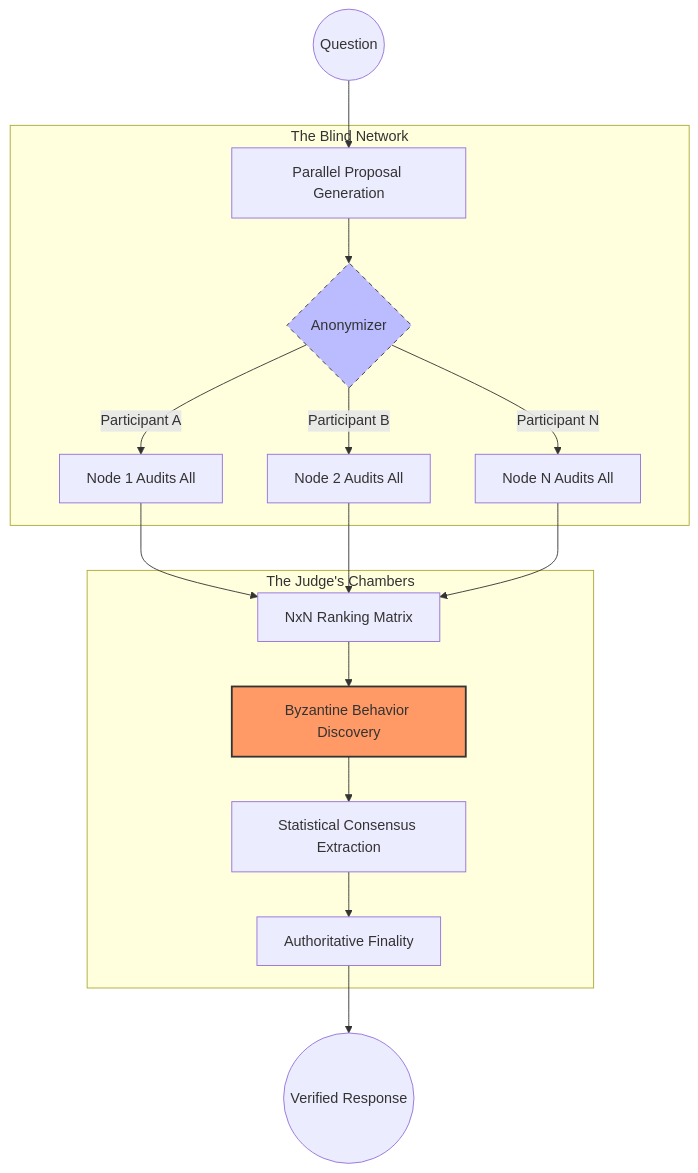
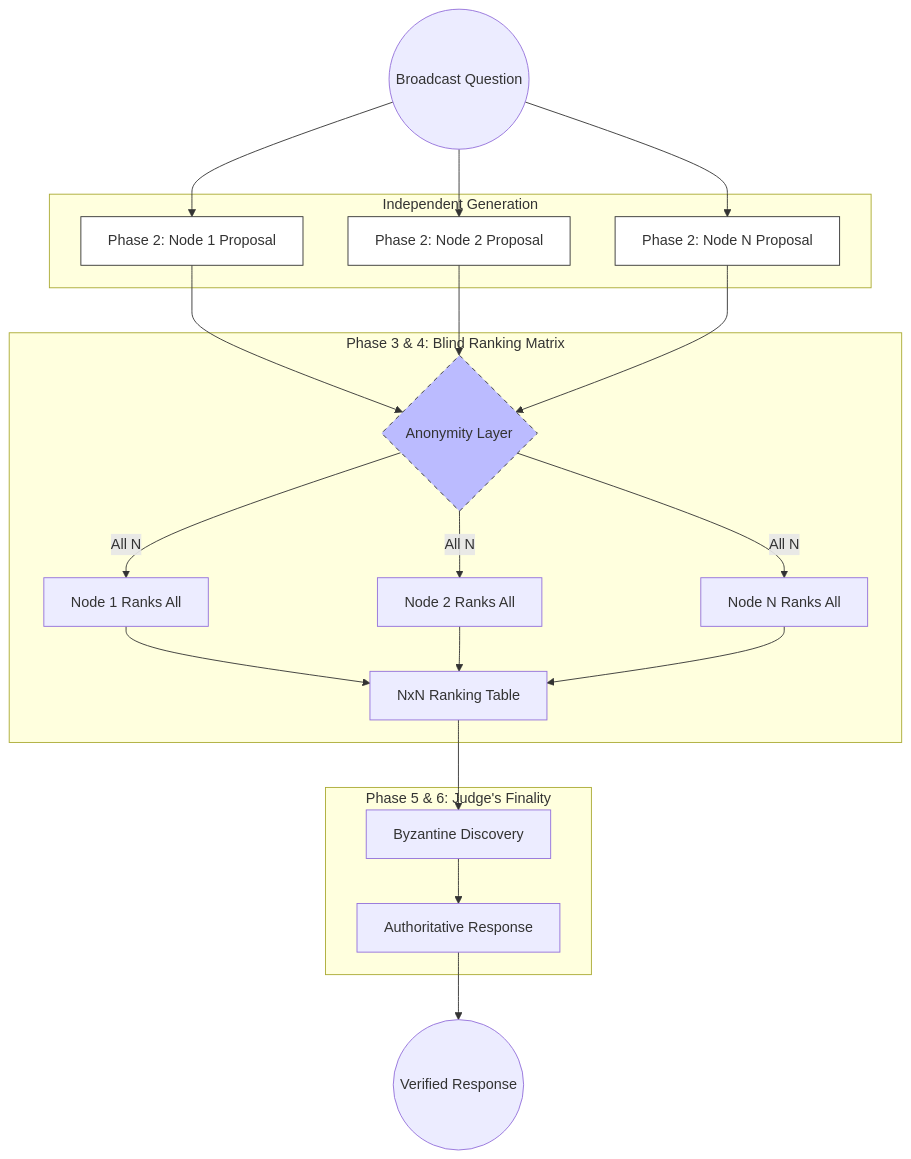
The second of 2 diagrams in README.md (csv610/ByzantineLLM), drawn with Mermaid before and after one commit. The commit also changed other lines of this file and 1 other file, not shown here.

Commit message:
docs: refine Mermaid diagrams to emphasize independent generation and 6-step workflow

````diff
--- a/README.md
+++ b/README.md
@@ -44,26 +61,37 @@
 ```mermaid
 graph TD
-    Start((Question)) --> P[Parallel Proposal Generation]
-    
-    subgraph "The Blind Network"
-    P --> Anon{Anonymizer}
-    Anon --> |Participant A| N1[Node 1 Audits All]
-    Anon --> |Participant B| N2[Node 2 Audits All]
-    Anon --> |Participant N| N3[Node N Audits All]
+    Start((Broadcast Question)) --> N1P[Phase 2: Node 1 Proposal]
+    Start --> N2P[Phase 2: Node 2 Proposal]
+    Start --> NiP[Phase 2: Node N Proposal]
+
+    subgraph "Independent Generation"
+    N1P
+    N2P
+    NiP
     end
 
-    N1 --> Matrix[NxN Ranking Matrix]
-    N2 --> Matrix
-    N3 --> Matrix
+    N1P --> Anon{Anonymity Layer}
+    N2P --> Anon
+    NiP --> Anon
 
-    subgraph "The Judge's Chambers"
-    Matrix --> BFT[Byzantine Behavior Discovery]
-    BFT --> Stats[Statistical Consensus Extraction]
-    Stats --> Final[Authoritative Finality]
+    subgraph "Phase 3 & 4: Blind Ranking Matrix"
+    Anon --> |All N| N1R[Node 1 Ranks All]
+    Anon --> |All N| N2R[Node 2 Ranks All]
+    Anon --> |All N| NiR[Node N Ranks All]
+    N1R --> Matrix[NxN Ranking Table]
+    N2R --> Matrix
+    NiR --> Matrix
     end
 
-    Final --> Output((Verified Response))
+    subgraph "Phase 5 & 6: Judge's Finality"
+    Matrix --> Analysis[Byzantine Discovery]
+    Analysis --> Synthesis[Authoritative Response]
+    end
 
-    style BFT fill:#f96,stroke:#333,stroke-width:2px
+    Synthesis --> Output((Verified Response))
+
     style Anon fill:#bbf,stroke:#333,stroke-dasharray: 5 5
+    style N1P fill:#fff,stroke:#333
+    style N2P fill:#fff,stroke:#333
+    style NiP fill:#fff,stroke:#333
 ```
````
